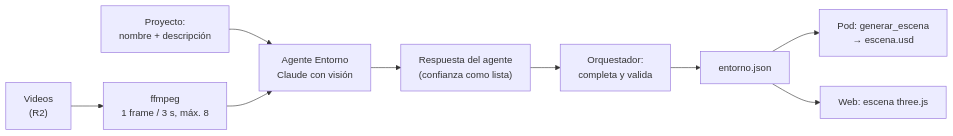
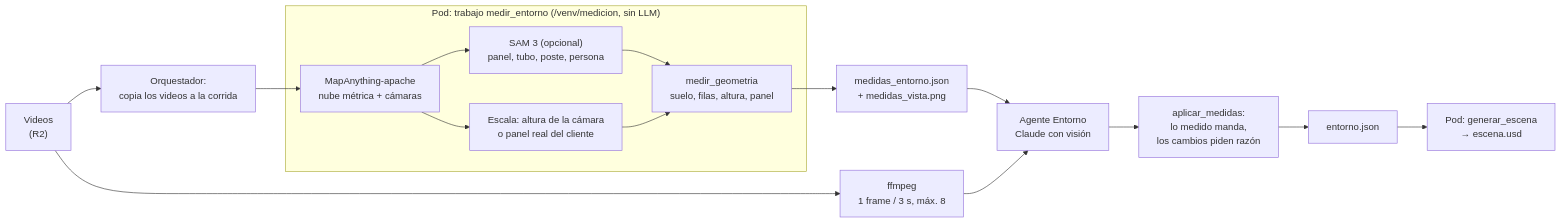
The diagram in docs/agentes/mapeo-terreno.md (platanus-hack/platanus-hack-26-cl-team-4), drawn with Mermaid before and after one commit. The commit also changed other lines of this file and 19 other files, not shown here.

First line of the commit message:
feat(entorno): el agente Entorno mide el parque en los videos (MapAnything + SAM 3)

````diff
--- a/docs/agentes/mapeo-terreno.md
+++ b/docs/agentes/mapeo-terreno.md
@@ -7,11 +10,18 @@
 ```mermaid
 flowchart LR
-  V["Videos<br/>(R2)"] --> F["ffmpeg<br/>1 frame / 3 s, máx. 8"]
-  P["Proyecto:<br/>nombre + descripción"] --> A
-  F --> A["Agente Entorno<br/>Claude con visión"]
-  A --> J["Respuesta del agente<br/>(confianza como lista)"]
-  J --> O["Orquestador:<br/>completa y valida"]
-  O --> E[entorno.json]
-  E --> G["Pod: generar_escena<br/>→ escena.usd"]
-  E --> W["Web: escena three.js"]
+  V["Videos<br/>(R2)"] --> C["Orquestador:<br/>copia los videos a la corrida"]
+  C --> M
+  subgraph POD["Pod: trabajo medir_entorno (/venv/medicion, sin LLM)"]
+    M["MapAnything-apache<br/>nube métrica + cámaras"] --> S["SAM 3 (opcional)<br/>panel, tubo, poste, persona"]
+    S --> G["medir_geometria<br/>suelo, filas, altura, panel"]
+    M --> E["Escala: altura de la cámara<br/>o panel real del cliente"]
+    E --> G
+  end
+  G --> J["medidas_entorno.json<br/>+ medidas_vista.png"]
+  V --> F["ffmpeg<br/>1 frame / 3 s, máx. 8"]
+  J --> A["Agente Entorno<br/>Claude con visión"]
+  F --> A
+  A --> R["aplicar_medidas:<br/>lo medido manda,<br/>los cambios piden razón"]
+  R --> O[entorno.json]
+  O --> GE["Pod: generar_escena<br/>→ escena.usd"]
 ```
````
